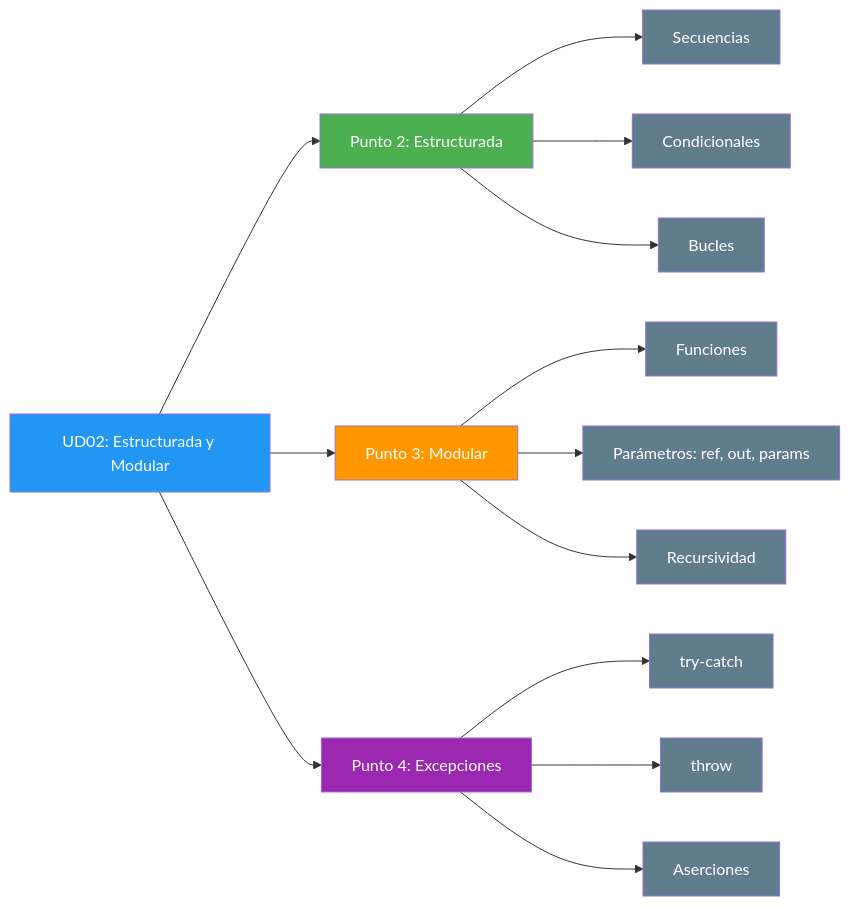
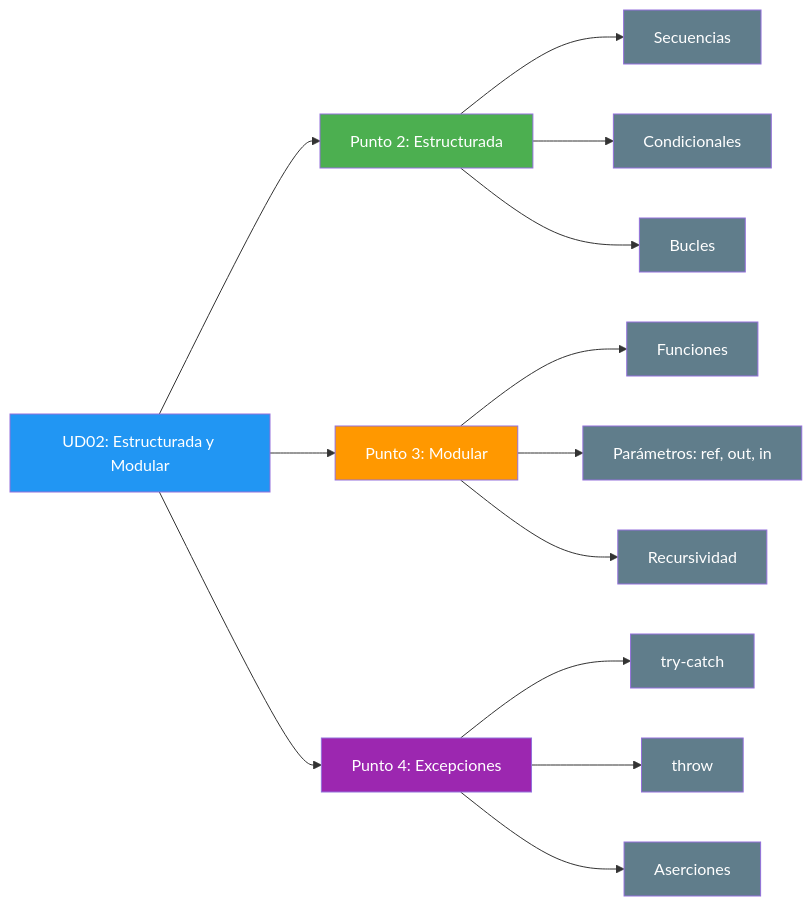
The fourth of 4 diagrams in 01-introduccion.md (joseluisgs/Programacion-02-2026-2027), drawn with Mermaid before and after one commit. The commit also changed other lines of this file and 4 other files, not shown here.

````diff
--- a/01-introduccion.md
+++ b/01-introduccion.md
@@ -137,28 +137,28 @@
 ```mermaid
 graph LR
     UD02[UD02: Estructurada y Modular] --> P1[Punto 2: Estructurada]
     UD02 --> P2[Punto 3: Modular]
     UD02 --> P3[Punto 4: Excepciones]
     P1 --> S[Secuencias]
     P1 --> C[Condicionales]
     P1 --> B[Bucles]
     P2 --> F[Funciones]
-    P2 --> R[Parámetros: ref, out, params]
+    P2 --> R[Parámetros: ref, out, in]
     P2 --> RE[Recursividad]
     P3 --> TC[try-catch]
     P3 --> TH[throw]
     P3 --> AS[Aserciones]
     style UD02 fill:#2196F3,color:#fff
     style P1 fill:#4CAF50,color:#fff
     style P2 fill:#FF9800,color:#fff
     style P3 fill:#9C27B0,color:#fff
     style S fill:#607D8B,color:#fff
     style C fill:#607D8B,color:#fff
     style B fill:#607D8B,color:#fff
     style F fill:#607D8B,color:#fff
     style R fill:#607D8B,color:#fff
     style RE fill:#607D8B,color:#fff
     style TC fill:#607D8B,color:#fff
     style TH fill:#607D8B,color:#fff
     style AS fill:#607D8B,color:#fff
 ```
````
